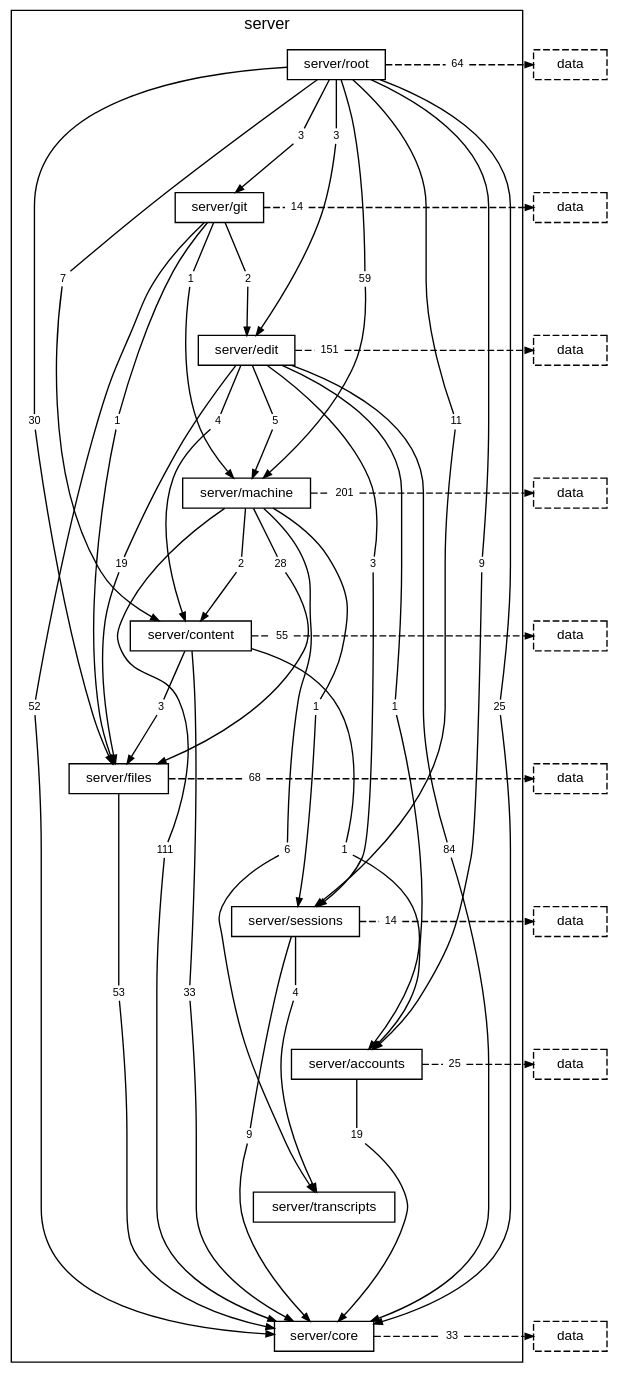
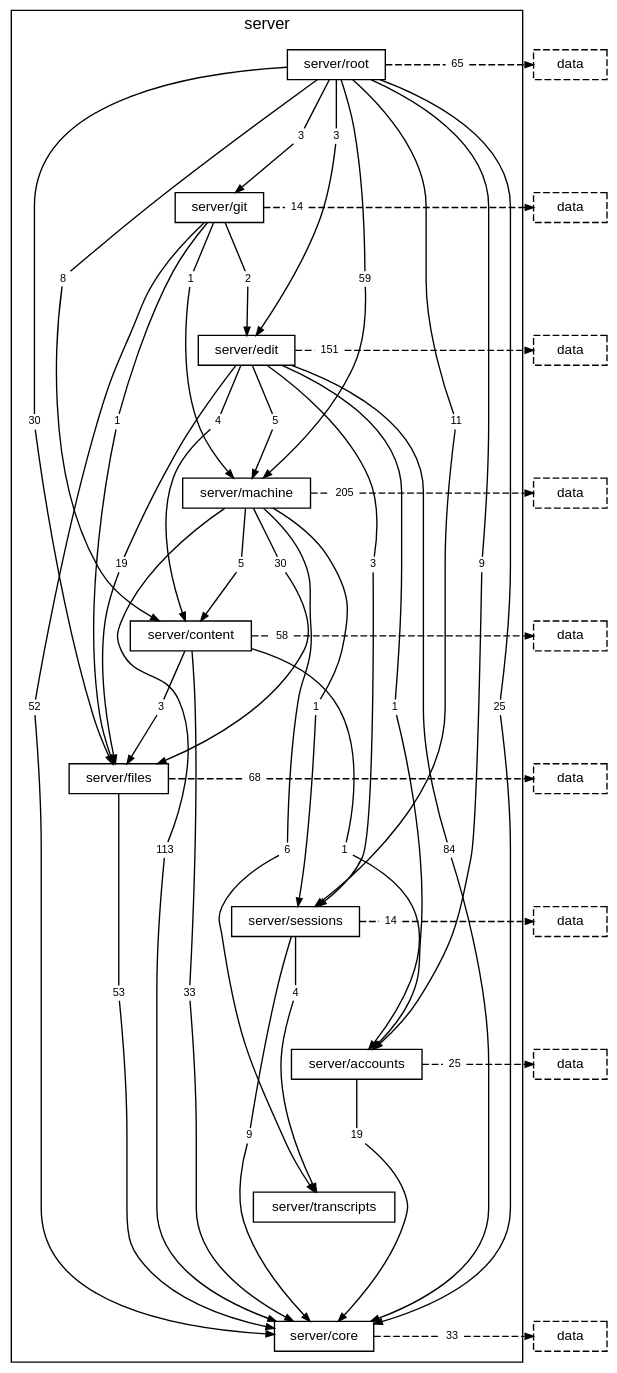
The diagram in docs/diagrams/layer-server.dot (TheAxeC/oculus), drawn with Graphviz before and after one commit. The commit also changed 122 other files, not shown here.

```diff
--- a/docs/diagrams/layer-server.dot
+++ b/docs/diagrams/layer-server.dot
@@ -15,14 +15,14 @@
         "folder server/transcripts" [label="server/transcripts"];
         "folder server/core" [label="server/core"];
         "folder server/root to folder server/accounts" [label="9", shape=box, color="transparent", fontsize=8, width=0, height=0, margin="0.04,0.02"];
-        "folder server/root to folder server/content" [label="7", shape=box, color="transparent", fontsize=8, width=0, height=0, margin="0.04,0.02"];
+        "folder server/root to folder server/content" [label="8", shape=box, color="transparent", fontsize=8, width=0, height=0, margin="0.04,0.02"];
         "folder server/root to folder server/core" [label="25", shape=box, color="transparent", fontsize=8, width=0, height=0, margin="0.04,0.02"];
         "folder server/root to folder server/edit" [label="3", shape=box, color="transparent", fontsize=8, width=0, height=0, margin="0.04,0.02"];
         "folder server/root to folder server/files" [label="30", shape=box, color="transparent", fontsize=8, width=0, height=0, margin="0.04,0.02"];
         "folder server/root to folder server/git" [label="3", shape=box, color="transparent", fontsize=8, width=0, height=0, margin="0.04,0.02"];
         "folder server/root to folder server/machine" [label="59", shape=box, color="transparent", fontsize=8, width=0, height=0, margin="0.04,0.02"];
         "folder server/root to folder server/sessions" [label="11", shape=box, color="transparent", fontsize=8, width=0, height=0, margin="0.04,0.02"];
-        "folder server/root to layer data" [label="64", shape=box, color="transparent", fontsize=8, width=0, height=0, margin="0.04,0.02"];
+        "folder server/root to layer data" [label="65", shape=box, color="transparent", fontsize=8, width=0, height=0, margin="0.04,0.02"];
         "folder server/git to folder server/core" [label="52", shape=box, color="transparent", fontsize=8, width=0, height=0, margin="0.04,0.02"];
         "folder server/git to folder server/edit" [label="2", shape=box, color="transparent", fontsize=8, width=0, height=0, margin="0.04,0.02"];
         "folder server/git to folder server/files" [label="1", shape=box, color="transparent", fontsize=8, width=0, height=0, margin="0.04,0.02"];
@@ -35,16 +35,16 @@
         "folder server/edit to folder server/machine" [label="5", shape=box, color="transparent", fontsize=8, width=0, height=0, margin="0.04,0.02"];
         "folder server/edit to folder server/sessions" [label="3", shape=box, color="transparent", fontsize=8, width=0, height=0, margin="0.04,0.02"];
         "folder server/edit to layer data" [label="151", shape=box, color="transparent", fontsize=8, width=0, height=0, margin="0.04,0.02"];
-        "folder server/machine to folder server/content" [label="2", shape=box, color="transparent", fontsize=8, width=0, height=0, margin="0.04,0.02"];
-        "folder server/machine to folder server/core" [label="111", shape=box, color="transparent", fontsize=8, width=0, height=0, margin="0.04,0.02"];
-        "folder server/machine to folder server/files" [label="28", shape=box, color="transparent", fontsize=8, width=0, height=0, margin="0.04,0.02"];
+        "folder server/machine to folder server/content" [label="5", shape=box, color="transparent", fontsize=8, width=0, height=0, margin="0.04,0.02"];
+        "folder server/machine to folder server/core" [label="113", shape=box, color="transparent", fontsize=8, width=0, height=0, margin="0.04,0.02"];
+        "folder server/machine to folder server/files" [label="30", shape=box, color="transparent", fontsize=8, width=0, height=0, margin="0.04,0.02"];
         "folder server/machine to folder server/sessions" [label="1", shape=box, color="transparent", fontsize=8, width=0, height=0, margin="0.04,0.02"];
         "folder server/machine to folder server/transcripts" [label="6", shape=box, color="transparent", fontsize=8, width=0, height=0, margin="0.04,0.02"];
-        "folder server/machine to layer data" [label="201", shape=box, color="transparent", fontsize=8, width=0, height=0, margin="0.04,0.02"];
+        "folder server/machine to layer data" [label="205", shape=box, color="transparent", fontsize=8, width=0, height=0, margin="0.04,0.02"];
         "folder server/content to folder server/accounts" [label="1", shape=box, color="transparent", fontsize=8, width=0, height=0, margin="0.04,0.02"];
         "folder server/content to folder server/core" [label="33", shape=box, color="transparent", fontsize=8, width=0, height=0, margin="0.04,0.02"];
         "folder server/content to folder server/files" [label="3", shape=box, color="transparent", fontsize=8, width=0, height=0, margin="0.04,0.02"];
-        "folder server/content to layer data" [label="55", shape=box, color="transparent", fontsize=8, width=0, height=0, margin="0.04,0.02"];
+        "folder server/content to layer data" [label="58", shape=box, color="transparent", fontsize=8, width=0, height=0, margin="0.04,0.02"];
         "folder server/files to folder server/core" [label="53", shape=box, color="transparent", fontsize=8, width=0, height=0, margin="0.04,0.02"];
         "folder server/files to layer data" [label="68", shape=box, color="transparent", fontsize=8, width=0, height=0, margin="0.04,0.02"];
         "folder server/sessions to folder server/core" [label="9", shape=box, color="transparent", fontsize=8, width=0, height=0, margin="0.04,0.02"];
```
